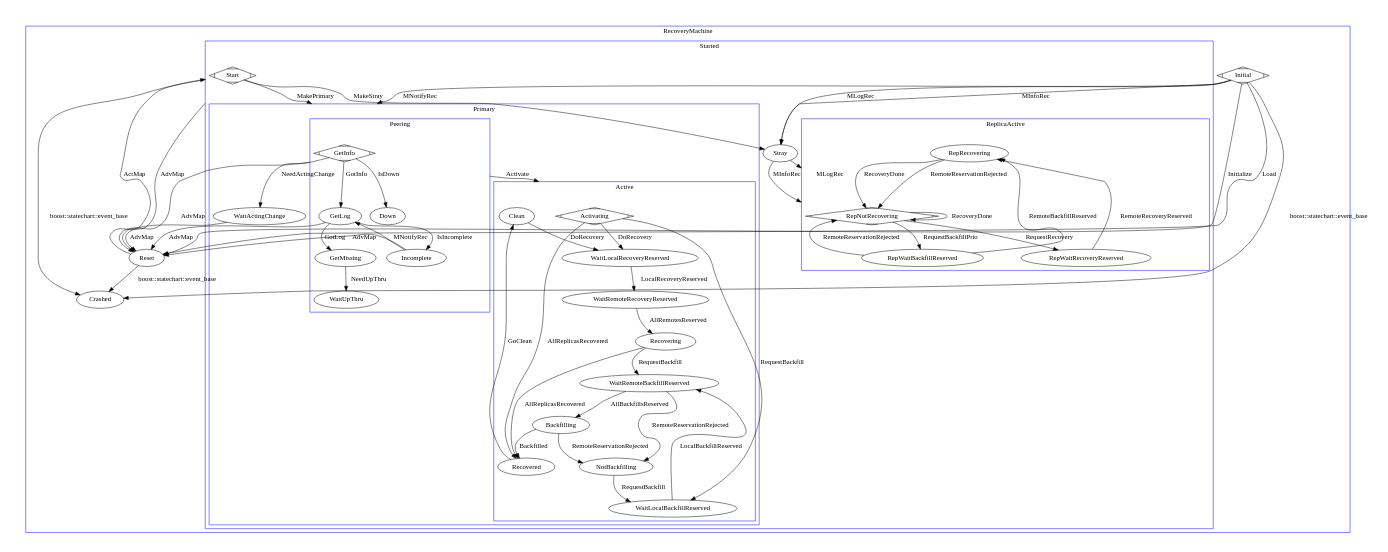
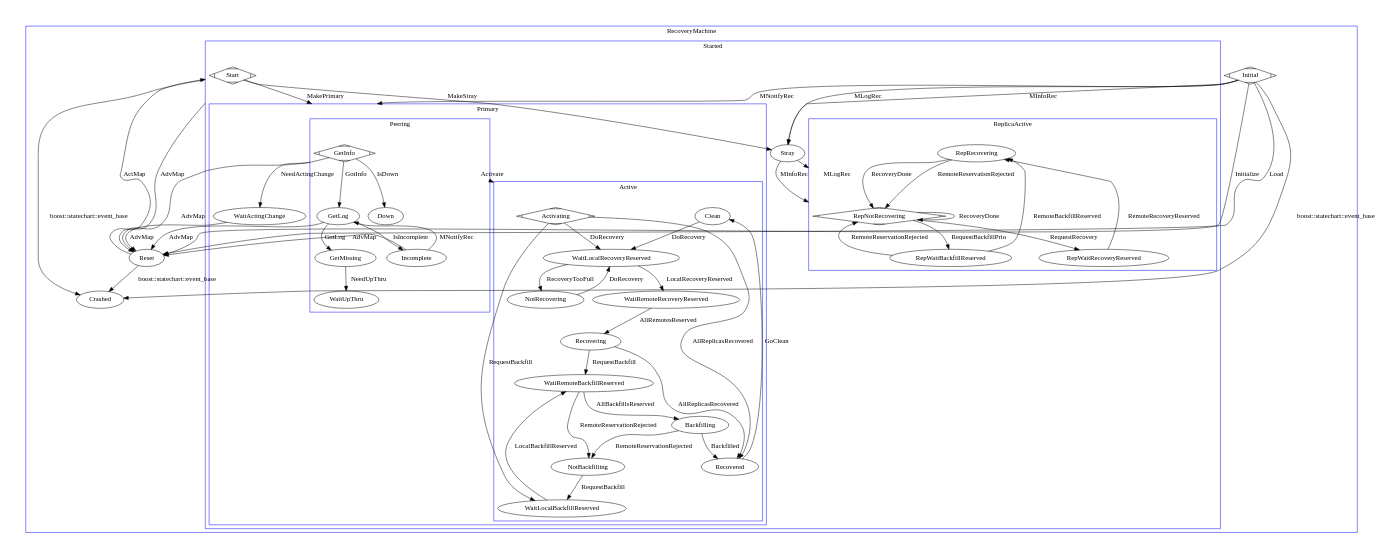
Before and after one commit to drunkard/ceph-Chinese-doc: the diagram in dev/peering_graph.generated.dot, drawn with Graphviz. The commit also changed 6 other files, not shown here.

```diff
--- a/dev/peering_graph.generated.dot
+++ b/dev/peering_graph.generated.dot
@@ -1,103 +1,106 @@
 digraph G {
 	size="7,7"
 	compound=true;
 	subgraph cluster0 {
 		label = "RecoveryMachine";
 		color = "blue";
 		Crashed;
 		Initial[shape=Mdiamond];
 		Reset;
 		subgraph cluster1 {
 			label = "Started";
 			color = "blue";
 			Start[shape=Mdiamond];
 			subgraph cluster2 {
 				label = "Primary";
 				color = "blue";
 				WaitActingChange;
 				subgraph cluster3 {
 					label = "Peering";
 					color = "blue";
 					GetInfo[shape=Mdiamond];
 					GetLog;
 					GetMissing;
 					WaitUpThru;
 					Down;
 					Incomplete;
 				}
 				subgraph cluster4 {
 					label = "Active";
 					color = "blue";
 					Clean;
 					Recovered;
 					Backfilling;
 					WaitRemoteBackfillReserved;
 					WaitLocalBackfillReserved;
 					NotBackfilling;
+					NotRecovering;
 					Recovering;
 					WaitRemoteRecoveryReserved;
 					WaitLocalRecoveryReserved;
 					Activating[shape=Mdiamond];
 				}
 			}
 			subgraph cluster5 {
 				label = "ReplicaActive";
 				color = "blue";
 				RepRecovering;
 				RepWaitBackfillReserved;
 				RepWaitRecoveryReserved;
 				RepNotRecovering[shape=Mdiamond];
 			}
 			Stray;
 		}
 	}
 GetInfo -> WaitActingChange [label="NeedActingChange",ltail=cluster2,];
 Clean -> WaitLocalRecoveryReserved [label="DoRecovery",];
+NotRecovering -> WaitLocalRecoveryReserved [label="DoRecovery",];
 Activating -> WaitLocalRecoveryReserved [label="DoRecovery",];
 Reset -> Start [label="ActMap",lhead=cluster1,];
 Recovered -> Clean [label="GoClean",];
 Start -> GetInfo [label="MakePrimary",lhead=cluster2,];
 Initial -> Crashed [label="boost::statechart::event_base",];
 Reset -> Crashed [label="boost::statechart::event_base",];
 Start -> Crashed [label="boost::statechart::event_base",ltail=cluster1,];
 GetLog -> GetMissing [label="GotLog",];
 Initial -> GetInfo [label="MNotifyRec",lhead=cluster2,];
 Incomplete -> GetLog [label="MNotifyRec",];
 Initial -> Stray [label="MLogRec",];
 Stray -> RepNotRecovering [label="MLogRec",lhead=cluster5,];
 Activating -> Recovered [label="AllReplicasRecovered",];
 Recovering -> Recovered [label="AllReplicasRecovered",];
 WaitRemoteRecoveryReserved -> Recovering [label="AllRemotesReserved",];
 Initial -> Reset [label="Initialize",];
 RepNotRecovering -> RepWaitRecoveryReserved [label="RequestRecovery",];
 NotBackfilling -> WaitLocalBackfillReserved [label="RequestBackfill",];
 Activating -> WaitLocalBackfillReserved [label="RequestBackfill",];
 Recovering -> WaitRemoteBackfillReserved [label="RequestBackfill",];
 Initial -> Reset [label="Load",];
 GetMissing -> WaitUpThru [label="NeedUpThru",];
 RepWaitRecoveryReserved -> RepRecovering [label="RemoteRecoveryReserved",];
 WaitLocalRecoveryReserved -> WaitRemoteRecoveryReserved [label="LocalRecoveryReserved",];
 RepNotRecovering -> RepWaitBackfillReserved [label="RequestBackfillPrio",];
 WaitRemoteBackfillReserved -> Backfilling [label="AllBackfillsReserved",];
 Backfilling -> Recovered [label="Backfilled",];
 Initial -> Stray [label="MInfoRec",];
 Stray -> RepNotRecovering [label="MInfoRec",lhead=cluster5,];
 GetInfo -> Down [label="IsDown",];
 RepRecovering -> RepNotRecovering [label="RecoveryDone",];
 RepNotRecovering -> RepNotRecovering [label="RecoveryDone",];
 RepRecovering -> RepNotRecovering [label="RemoteReservationRejected",];
 Backfilling -> NotBackfilling [label="RemoteReservationRejected",];
 WaitRemoteBackfillReserved -> NotBackfilling [label="RemoteReservationRejected",];
 RepWaitBackfillReserved -> RepNotRecovering [label="RemoteReservationRejected",];
 GetLog -> Incomplete [label="IsIncomplete",];
 WaitLocalBackfillReserved -> WaitRemoteBackfillReserved [label="LocalBackfillReserved",];
 GetInfo -> Activating [label="Activate",ltail=cluster3,lhead=cluster4,];
+WaitLocalRecoveryReserved -> NotRecovering [label="RecoveryTooFull",];
 GetInfo -> GetLog [label="GotInfo",];
 Start -> Reset [label="AdvMap",ltail=cluster1,];
 GetInfo -> Reset [label="AdvMap",ltail=cluster3,];
 GetLog -> Reset [label="AdvMap",];
 WaitActingChange -> Reset [label="AdvMap",];
 Incomplete -> Reset [label="AdvMap",];
 RepWaitBackfillReserved -> RepRecovering [label="RemoteBackfillReserved",];
 Start -> Stray [label="MakeStray",];
 }
```
